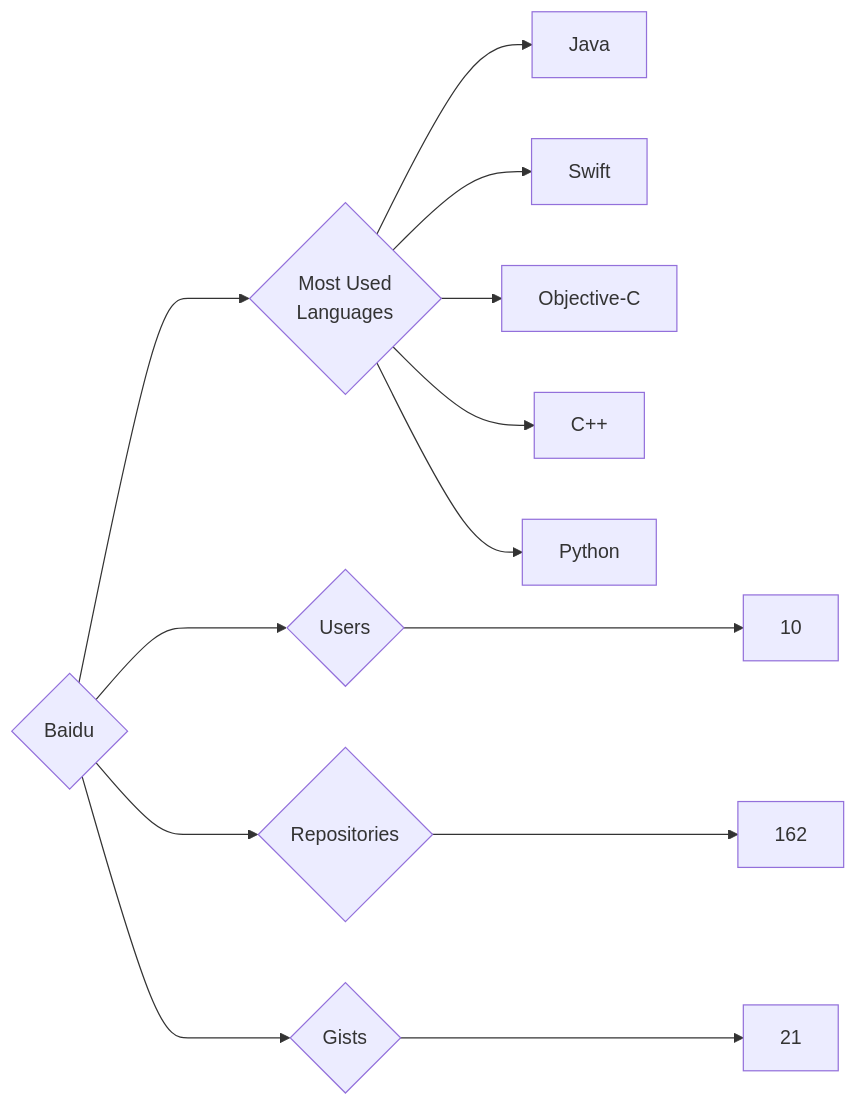
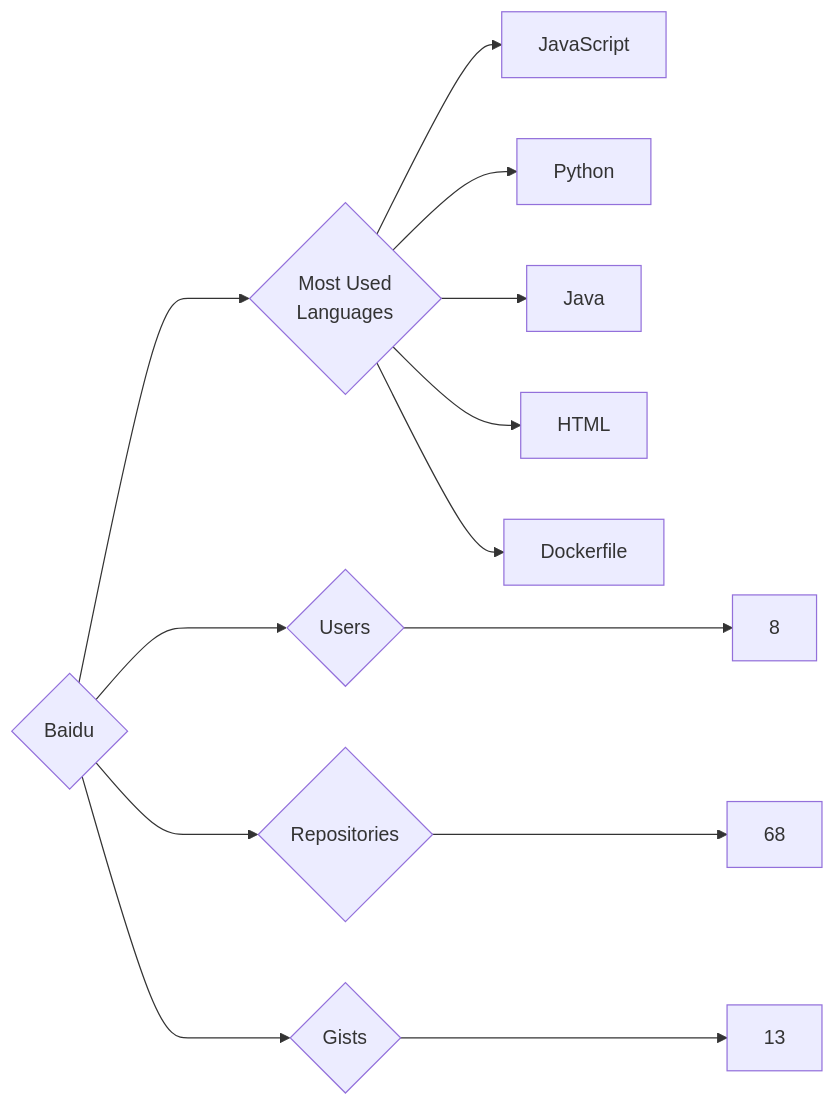
One commit to trickest/insiders changed the diagram in targets/Baidu/README.md. Above: the diagram before and after it, drawn with Mermaid. The commit also changed 1175 other files, not shown here.

````diff
--- a/targets/Baidu/README.md
+++ b/targets/Baidu/README.md
@@ -3,13 +3,13 @@
 ```mermaid
 graph LR
 COMPANY_NAME{Baidu}
-COMPANY_NAME ---> U{Users} ---> UN[10]
-COMPANY_NAME ---> R{Repositories} ---> RN[162]
-COMPANY_NAME ---> G{Gists} ---> GN[21]
+COMPANY_NAME ---> U{Users} ---> UN[8]
+COMPANY_NAME ---> R{Repositories} ---> RN[68]
+COMPANY_NAME ---> G{Gists} ---> GN[13]
 COMPANY_NAME ---> ML{Most Used<br>Languages}
+ML --> JavaScript[JavaScript]
+ML --> Python[Python]
 ML --> Java[Java]
-ML --> Swift[Swift]
-ML --> Objective-C[Objective-C]
-ML --> C++[C++]
-ML --> Python[Python]
+ML --> HTML[HTML]
+ML --> Dockerfile[Dockerfile]
 ```
````
